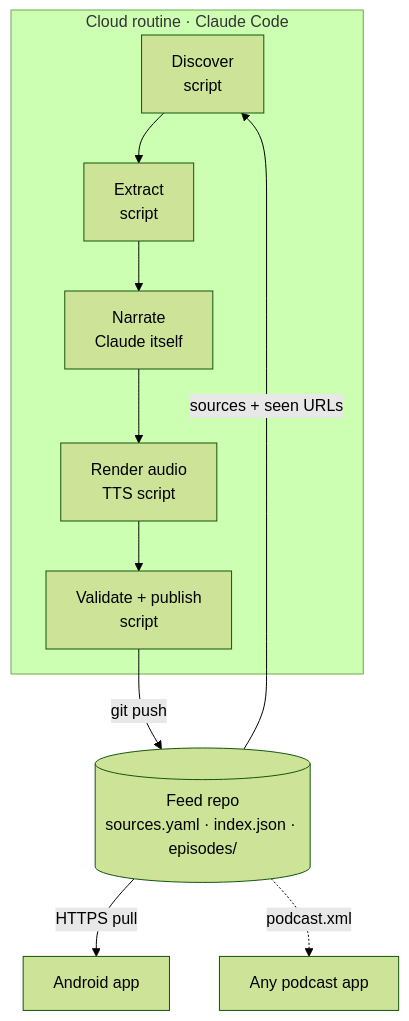
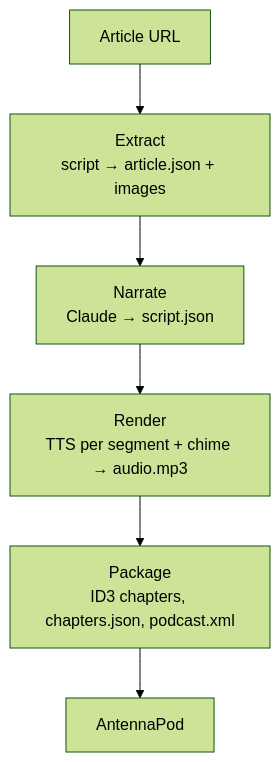
One commit to nahueltaibo/article-to-podcast changed the diagram in .docs/architecture.md. Above: the diagram before and after it, drawn with Mermaid (forest theme). The commit also changed other lines of this file and 6 other files, not shown here.

First line of the commit message:
Refocus on article-to-podcast for existing podcast apps

````diff
--- a/.docs/architecture.md
+++ b/.docs/architecture.md
@@ -9,14 +5,8 @@
 ```mermaid
 flowchart TD
-    subgraph R[Cloud routine · Claude Code]
-        D[Discover<br/>script] --> E[Extract<br/>script]
-        E --> N[Narrate<br/>Claude itself]
-        N --> T[Render audio<br/>TTS script]
-        T --> V[Validate + publish<br/>script]
-    end
-    F[(Feed repo<br/>sources.yaml · index.json · episodes/)]
-    F -->|sources + seen URLs| D
-    V -->|git push| F
-    F -->|HTTPS pull| A[Android app]
-    F -.->|podcast.xml| P[Any podcast app]
+    U[Article URL] --> E[Extract<br/>script → article.json + images]
+    E --> N[Narrate<br/>Claude → script.json]
+    N --> R[Render<br/>TTS per segment + chime → audio.mp3]
+    R --> P[Package<br/>ID3 chapters, chapters.json, podcast.xml]
+    P --> A[AntennaPod]
 ```
````
